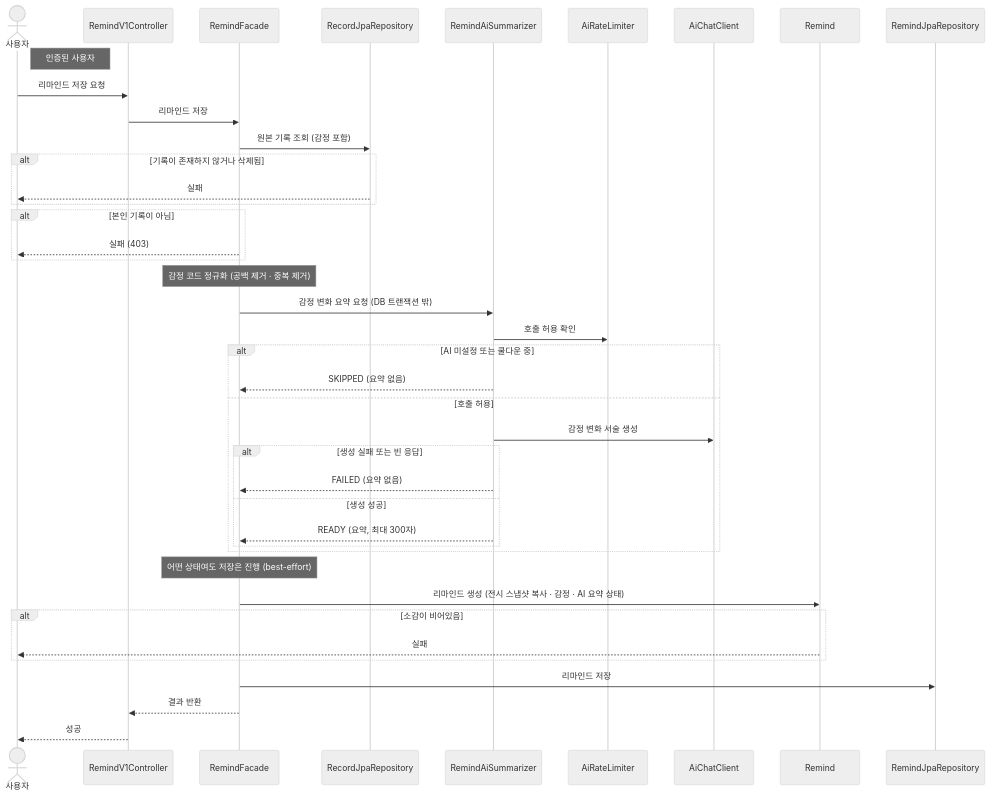
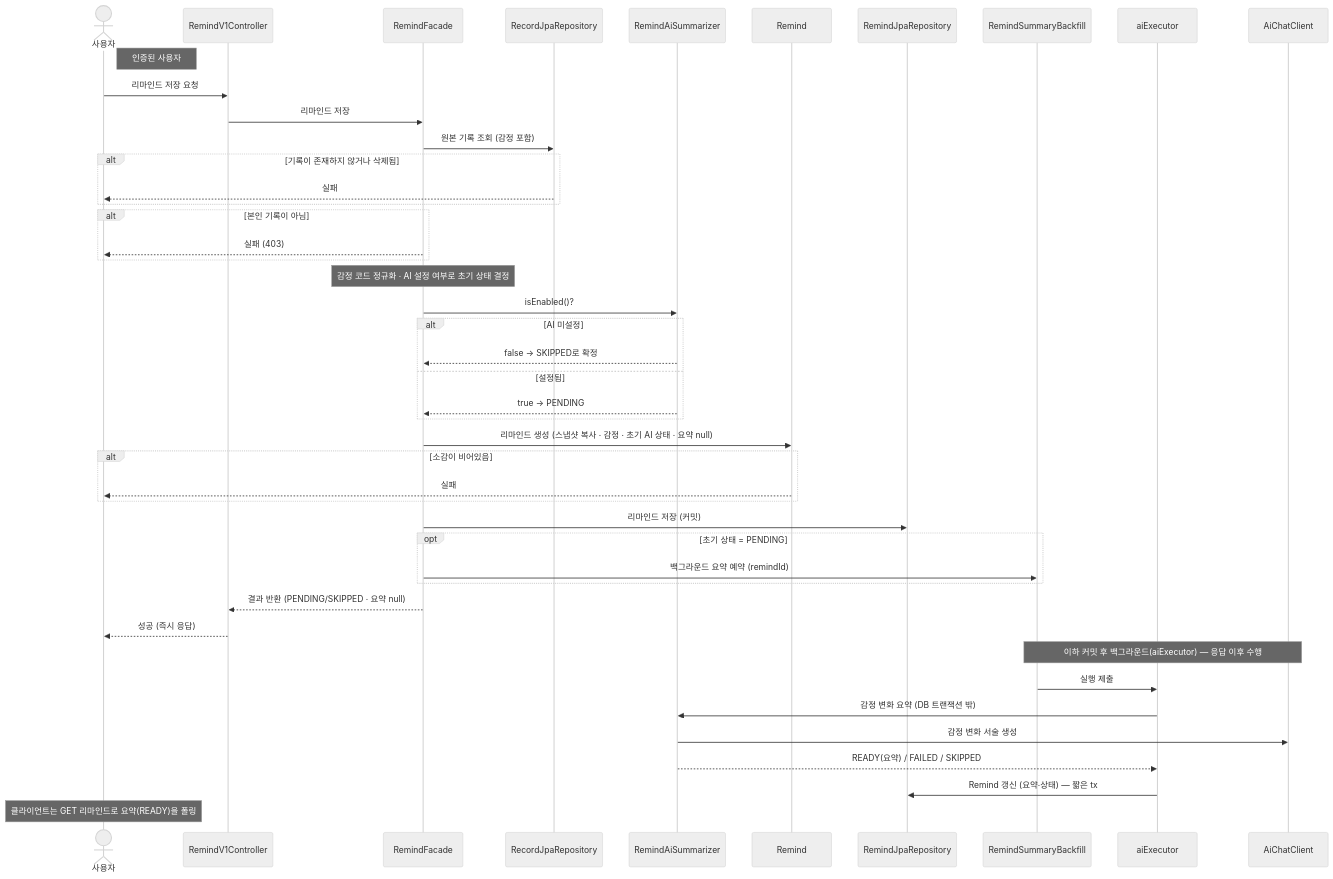
One commit to team-modi/yeowun-backend changed the diagram in docs/sequence-diagram/remind/02-리마인드-저장.md. Above: the diagram before and after it, drawn with Mermaid (neutral theme). The commit also changed other lines of this file and 28 other files, not shown here.

````diff
--- a/docs/sequence-diagram/remind/02-리마인드-저장.md
+++ b/docs/sequence-diagram/remind/02-리마인드-저장.md
@@ -11,50 +11,53 @@
 ```mermaid
 sequenceDiagram
     actor 사용자
     participant RemindV1Controller
     participant RemindFacade
     participant RecordJpaRepository
     participant RemindAiSummarizer
-    participant AiRateLimiter
-    participant AiChatClient
     participant Remind
     participant RemindJpaRepository
+    participant RemindSummaryBackfill
+    participant aiExecutor
+    participant AiChatClient
 
     Note right of 사용자: 인증된 사용자
 
     사용자->>RemindV1Controller: 리마인드 저장 요청
     RemindV1Controller->>RemindFacade: 리마인드 저장
 
     RemindFacade->>RecordJpaRepository: 원본 기록 조회 (감정 포함)
     alt 기록이 존재하지 않거나 삭제됨
         RecordJpaRepository-->>사용자: 실패
     end
     alt 본인 기록이 아님
         RemindFacade-->>사용자: 실패 (403)
     end
 
-    Note over RemindFacade: 감정 코드 정규화 (공백 제거 · 중복 제거)
+    Note over RemindFacade: 감정 코드 정규화 · AI 설정 여부로 초기 상태 결정
+    RemindFacade->>RemindAiSummarizer: isEnabled()?
+    alt AI 미설정
+        RemindAiSummarizer-->>RemindFacade: false → SKIPPED로 확정
+    else 설정됨
+        RemindAiSummarizer-->>RemindFacade: true → PENDING
+    end
 
-    RemindFacade->>RemindAiSummarizer: 감정 변화 요약 요청 (DB 트랜잭션 밖)
-    RemindAiSummarizer->>AiRateLimiter: 호출 허용 확인
-    alt AI 미설정 또는 쿨다운 중
-        RemindAiSummarizer-->>RemindFacade: SKIPPED (요약 없음)
-    else 호출 허용
-        RemindAiSummarizer->>AiChatClient: 감정 변화 서술 생성
-        alt 생성 실패 또는 빈 응답
-            RemindAiSummarizer-->>RemindFacade: FAILED (요약 없음)
-        else 생성 성공
-            RemindAiSummarizer-->>RemindFacade: READY (요약, 최대 300자)
-        end
-    end
-    Note over RemindFacade: 어떤 상태여도 저장은 진행 (best-effort)
-
-    RemindFacade->>Remind: 리마인드 생성 (전시 스냅샷 복사 · 감정 · AI 요약 상태)
+    RemindFacade->>Remind: 리마인드 생성 (스냅샷 복사 · 감정 · 초기 AI 상태 · 요약 null)
     alt 소감이 비어있음
         Remind-->>사용자: 실패
     end
-    RemindFacade->>RemindJpaRepository: 리마인드 저장
+    RemindFacade->>RemindJpaRepository: 리마인드 저장 (커밋)
+    opt 초기 상태 = PENDING
+        RemindFacade->>RemindSummaryBackfill: 백그라운드 요약 예약 (remindId)
+    end
+    RemindFacade-->>RemindV1Controller: 결과 반환 (PENDING/SKIPPED · 요약 null)
+    RemindV1Controller-->>사용자: 성공 (즉시 응답)
 
-    RemindFacade-->>RemindV1Controller: 결과 반환
-    RemindV1Controller-->>사용자: 성공
+    Note over RemindSummaryBackfill,AiChatClient: 이하 커밋 후 백그라운드(aiExecutor) — 응답 이후 수행
+    RemindSummaryBackfill->>aiExecutor: 실행 제출
+    aiExecutor->>RemindAiSummarizer: 감정 변화 요약 (DB 트랜잭션 밖)
+    RemindAiSummarizer->>AiChatClient: 감정 변화 서술 생성
+    RemindAiSummarizer-->>aiExecutor: READY(요약) / FAILED / SKIPPED
+    aiExecutor->>RemindJpaRepository: Remind 갱신 (요약·상태) — 짧은 tx
+    Note over 사용자: 클라이언트는 GET 리마인드로 요약(READY)을 폴링
 ```
````
